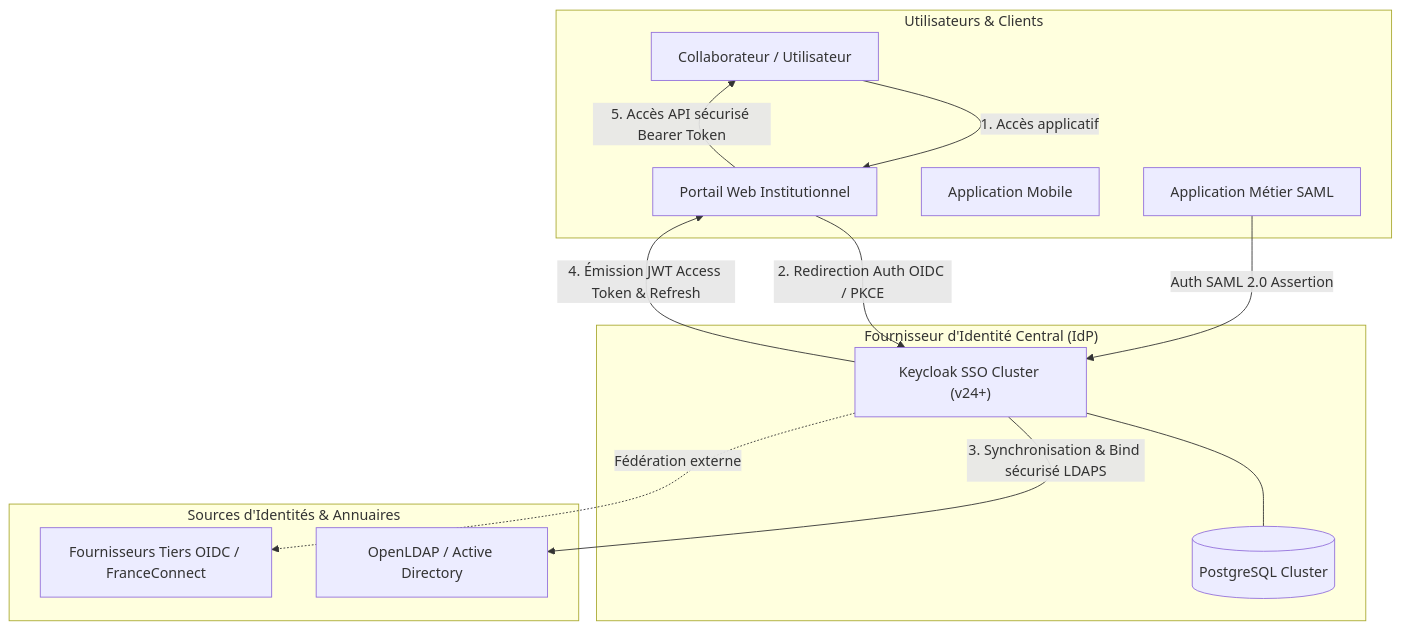
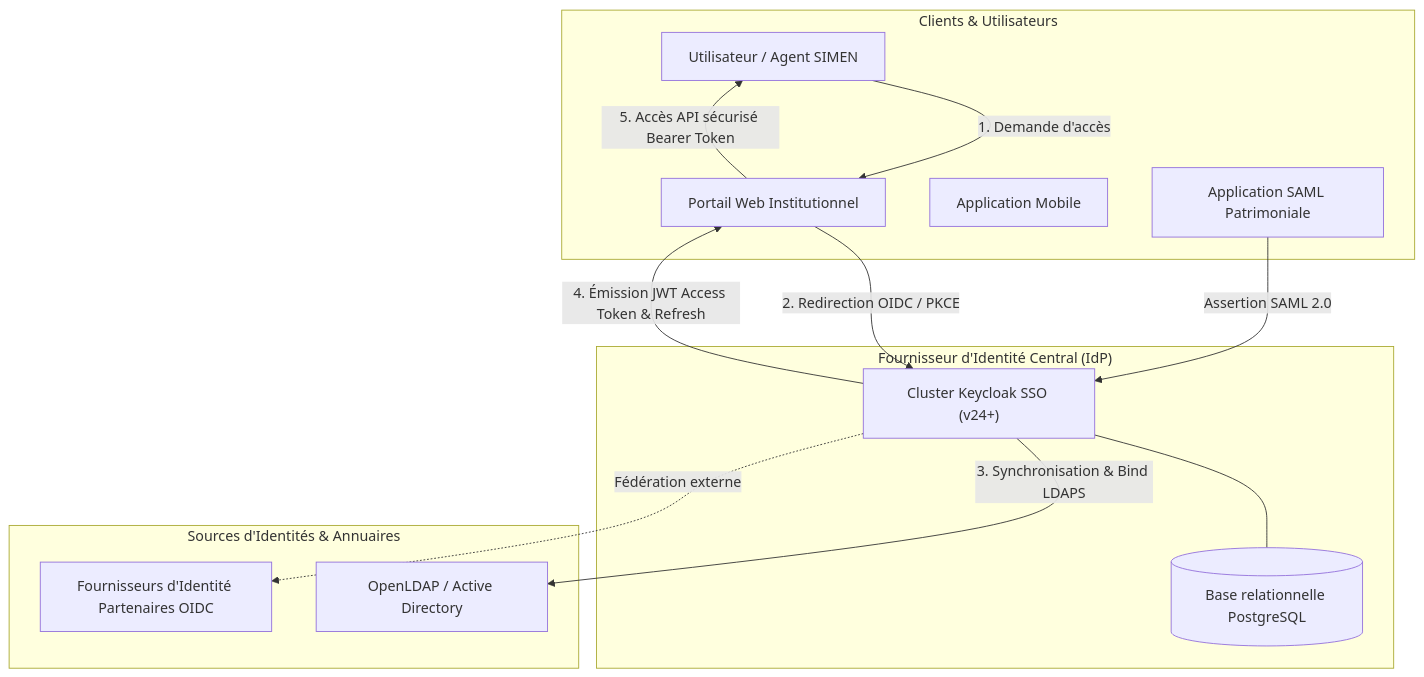
One commit to Jiraya931/Professionnel changed the diagram in 01-SSO-Federation-Keycloak/README.md. Above: the diagram before and after it, drawn with Mermaid. The commit also changed other lines of this file and 5 other files, not shown here.

````diff
--- a/01-SSO-Federation-Keycloak/README.md
+++ b/01-SSO-Federation-Keycloak/README.md
@@ -24,28 +24,28 @@
 ```mermaid
 graph TD
-    subgraph Utilisateurs & Clients
-        U1[Collaborateur / Utilisateur]
+    subgraph Clients & Utilisateurs
+        U1[Utilisateur / Agent SIMEN]
         AppWeb[Portail Web Institutionnel]
         AppMobile[Application Mobile]
-        AppLegacy[Application Métier SAML]
+        AppLegacy[Application SAML Patrimoniale]
     end
 
     subgraph "Fournisseur d'Identité Central (IdP)"
-        KC["Keycloak SSO Cluster (v24+)"]
-        PG[(PostgreSQL Cluster)]
+        KC["Cluster Keycloak SSO (v24+)"]
+        PG[(Base relationnelle PostgreSQL)]
         KC --- PG
     end
 
     subgraph "Sources d'Identités & Annuaires"
         LDAP[OpenLDAP / Active Directory]
-        ExtIdP[Fournisseurs Tiers OIDC / FranceConnect]
+        ExtIdP[Fournisseurs d'Identité Partenaires OIDC]
     end
 
-    U1 -->|1. Accès applicatif| AppWeb
-    AppWeb -->|2. Redirection Auth OIDC / PKCE| KC
-    AppLegacy -->|Auth SAML 2.0 Assertion| KC
-    KC -->|3. Synchronisation & Bind sécurisé LDAPS| LDAP
+    U1 -->|1. Demande d'accès| AppWeb
+    AppWeb -->|2. Redirection OIDC / PKCE| KC
+    AppLegacy -->|Assertion SAML 2.0| KC
+    KC -->|3. Synchronisation & Bind LDAPS| LDAP
     KC -.->|Fédération externe| ExtIdP
     KC -->|4. Émission JWT Access Token & Refresh| AppWeb
     AppWeb -->|5. Accès API sécurisé Bearer Token| U1
 ```
````
